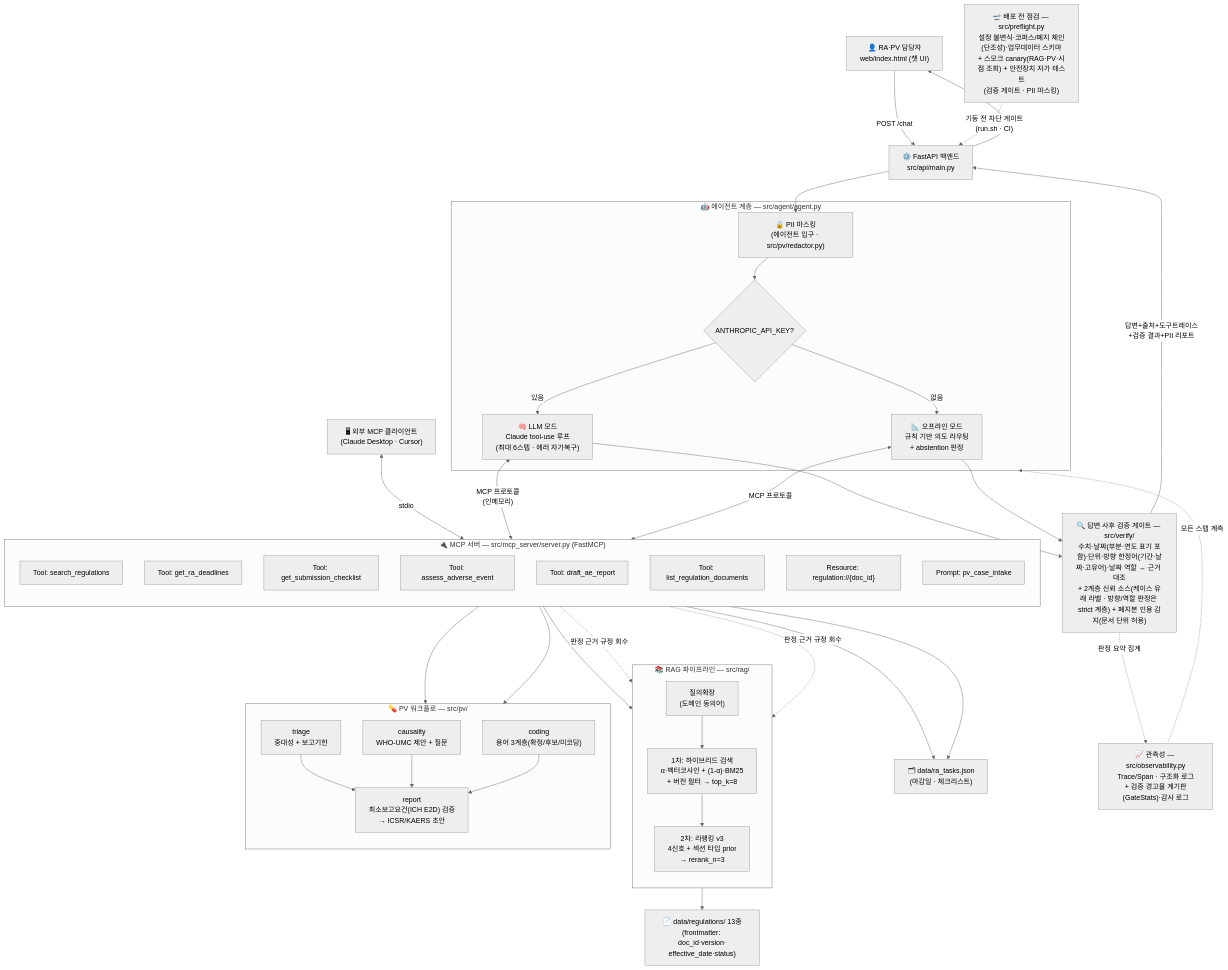
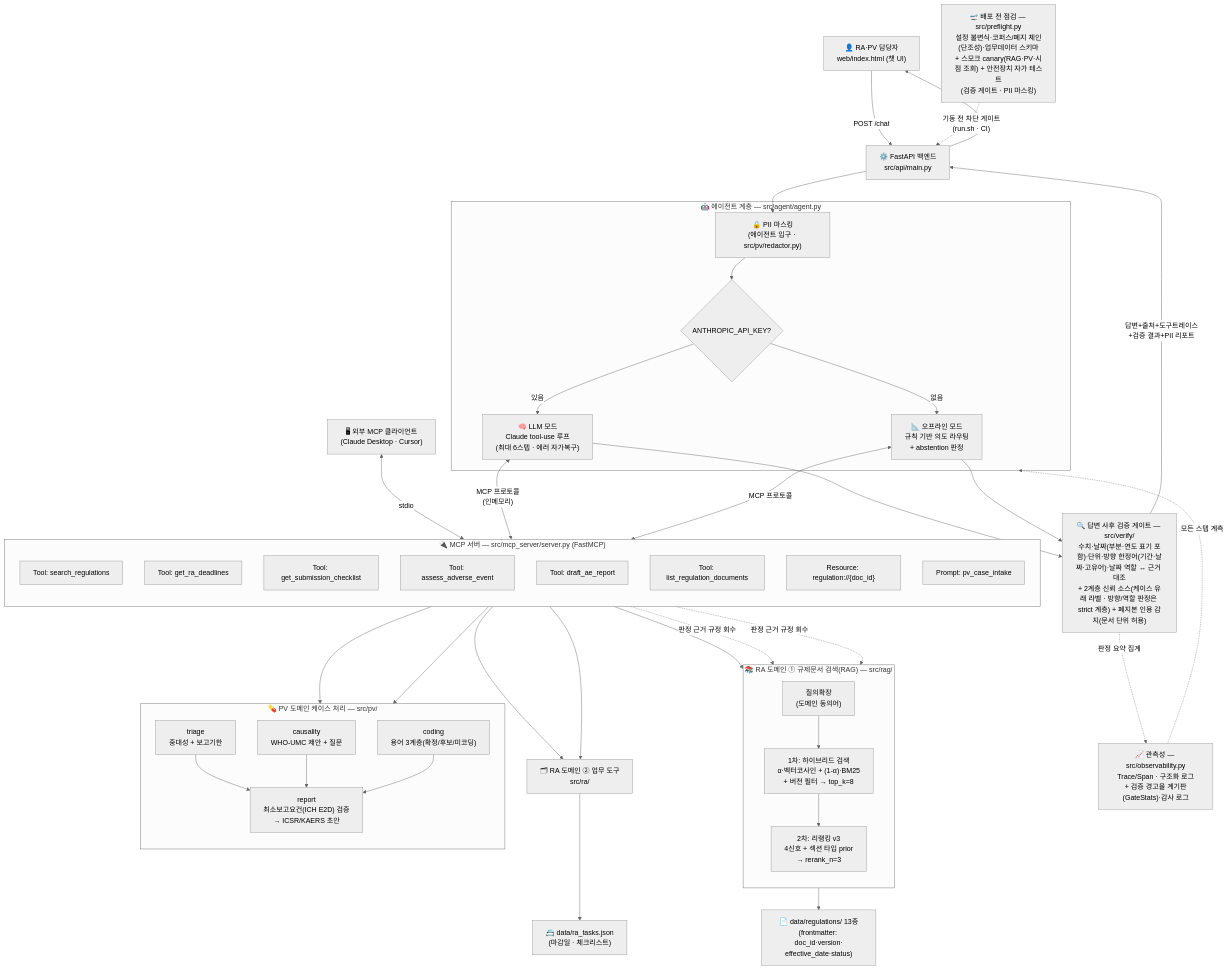
The first of 4 diagrams in project/description/아키텍처.md (chaeyoo/letsgogc), drawn with Mermaid (neutral theme) before and after one commit. The commit also changed other lines of this file and 13 other files, not shown here.

````diff
--- a/project/description/아키텍처.md
+++ b/project/description/아키텍처.md
@@ -11,61 +11,61 @@
 ```mermaid
 flowchart TB
     U["👤 RA·PV 담당자<br/>web/index.html (챗 UI)"] -->|"POST /chat"| API["⚙️ FastAPI 백엔드<br/>src/api/main.py"]
     EXT["🖥 외부 MCP 클라이언트<br/>(Claude Desktop · Cursor)"] <-->|"stdio"| MCP
 
     API --> RED["🔒 PII 마스킹<br/>(에이전트 입구 · src/pv/redactor.py)"]
 
     subgraph AGENT["🤖 에이전트 계층 — src/agent/agent.py"]
         RED --> MODE{"ANTHROPIC_API_KEY?"}
         MODE -->|있음| LLMM["🧠 LLM 모드<br/>Claude tool-use 루프<br/>(최대 6스텝 · 에러 자가복구)"]
         MODE -->|없음| OFF["📐 오프라인 모드<br/>규칙 기반 의도 라우팅<br/>+ abstention 판정"]
     end
 
     LLMM <-->|"MCP 프로토콜<br/>(인메모리)"| MCP
     OFF <-->|"MCP 프로토콜"| MCP
 
     subgraph MCP["🔌 MCP 서버 — src/mcp_server/server.py (FastMCP)"]
         direction TB
         T1["Tool: search_regulations"]
         T2["Tool: get_ra_deadlines"]
         T3["Tool: get_submission_checklist"]
         T4["Tool: assess_adverse_event"]
         T5["Tool: draft_ae_report"]
         T6["Tool: list_regulation_documents"]
         R1["Resource: regulation://{doc_id}"]
         P1["Prompt: pv_case_intake"]
     end
 
     T1 --> RAGP
     T4 --> PVW
     T5 --> PVW
     T4 -.->|"판정 근거 규정 회수"| RAGP
     T5 -.->|"판정 근거 규정 회수"| RAGP
-    T2 --> DB["🗂 data/ra_tasks.json<br/>(마감일 · 체크리스트)"]
-    T3 --> DB
+    T2 --> RAT["🗂 RA 도메인 ② 업무 도구<br/>src/ra/"] --> DB["📇 data/ra_tasks.json<br/>(마감일 · 체크리스트)"]
+    T3 --> RAT
 
-    subgraph RAGP["📚 RAG 파이프라인 — src/rag/"]
+    subgraph RAGP["📚 RA 도메인 ① 규제문서 검색(RAG) — src/rag/"]
         direction TB
         QE["질의확장<br/>(도메인 동의어)"] --> HY["1차: 하이브리드 검색<br/>α·벡터코사인 + (1-α)·BM25<br/>+ 버전 필터 → top_k=8"]
         HY --> RR["2차: 리랭킹 v3<br/>4신호 + 섹션 타입 prior<br/>→ rerank_n=3"]
     end
 
-    subgraph PVW["💊 PV 워크플로 — src/pv/"]
+    subgraph PVW["💊 PV 도메인 케이스 처리 — src/pv/"]
         direction TB
         TR["triage<br/>중대성 + 보고기한"] --> RP["report<br/>최소보고요건(ICH E2D) 검증<br/>→ ICSR/KAERS 초안"]
         CA["causality<br/>WHO-UMC 제안 + 질문"] --> RP
         CO["coding<br/>용어 3계층(확정/후보/미코딩)"] --> RP
     end
 
     RAGP --> DOCS["📄 data/regulations/ 13종<br/>(frontmatter: doc_id·version·<br/>effective_date·status)"]
 
     LLMM --> VER
     OFF --> VER
     VER["🔍 답변 사후 검증 게이트 — src/verify/<br/>수치·날짜(부분·연도 표기 포함)·단위·방향 한정어(기간·날짜·고유어)·날짜 역할 ↔ 근거 대조<br/>+ 2계층 신뢰 소스(케이스 유래 라벨 · 방향/역할 판정은 strict 계층) + 폐지본 인용 감지(문서 단위 허용)"] -->|"답변+출처+도구트레이스<br/>+검증 결과+PII 리포트"| API
     API --> U
 
     OBS["📈 관측성 — src/observability.py<br/>Trace/Span · 구조화 로그<br/>+ 검증 경고율 계기판(GateStats)·감사 로그"] -.모든 스텝 계측.-> AGENT
     VER -. 판정 요약 집계 .-> OBS
 
     PRE["🛫 배포 전 점검 — src/preflight.py<br/>설정 불변식·코퍼스/폐지 체인(단조성)·업무데이터 스키마<br/>+ 스모크 canary(RAG·PV·시점 조회) + 안전장치 자가 테스트<br/>(검증 게이트 · PII 마스킹)"] -. "기동 전 차단 게이트<br/>(run.sh · CI)" .-> API
 ```
````
